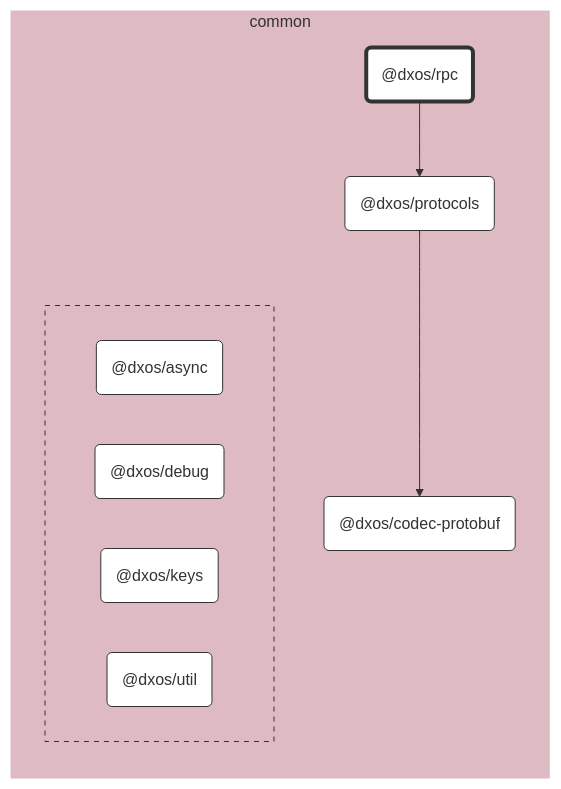
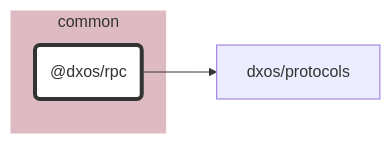
Before and after one commit to dxos/dxos: the diagram in packages/common/rpc/docs/README.md, drawn with Mermaid. The commit also changed 87 other files, not shown here.

````diff
--- a/packages/common/rpc/docs/README.md
+++ b/packages/common/rpc/docs/README.md
@@ -7,50 +7,21 @@
 ```mermaid
 %%{ init: {'flowchart':{'curve':'basis'}} }%%
 
 flowchart LR
 
-%% Links
-dxos/protocols --> dxos/codec-protobuf;
-dxos/rpc --> dxos/protocols;
+%% Classes
+classDef def fill:#fff,stroke:#333,stroke-width:1px
+classDef root fill:#fff,stroke:#333,stroke-width:4px
 
-%% Sections
-subgraph common
-  style common fill:#debac2,stroke:#fff;
+%% Nodes
 
-  dxos/codec-protobuf("@dxos/codec-protobuf")
-  dxos/protocols("@dxos/protocols")
-  dxos/rpc("@dxos/rpc")
-
-  subgraph common-excluded [ ]
-    style common-excluded fill:#debac2,stroke:#333,stroke-dasharray:5 5;
-
-    dxos/async("@dxos/async")
-    dxos/debug("@dxos/debug")
-    dxos/keys("@dxos/keys")
-    dxos/util("@dxos/util")
-  end
+subgraph common [common]
+  style common fill:#debac2,stroke:#fff
+  dxos/rpc("@dxos/rpc"):::root
+  click dxos/rpc "dxos/dxos/tree/main/packages/common/rpc/docs"
 end
 
-
-%% Hyperlinks
-click dxos/async "dxos/dxos/tree/main/packages/common/async/docs";
-click dxos/codec-protobuf "dxos/dxos/tree/main/packages/common/codec-protobuf/docs";
-click dxos/debug "dxos/dxos/tree/main/packages/common/debug/docs";
-click dxos/keys "dxos/dxos/tree/main/packages/common/keys/docs";
-click dxos/protocols "dxos/dxos/tree/main/packages/common/protocols/docs";
-click dxos/util "dxos/dxos/tree/main/packages/common/util/docs";
-
-%% Styles
-classDef rootNode fill:#fff,stroke:#333,stroke-width:4px
-classDef defaultNode fill:#fff,stroke:#333,stroke-width:1px
+%% Links
 linkStyle default stroke:#333,stroke-width:1px
-
-dxos/rpc:::rootNode
-
-dxos/async:::defaultNode
-dxos/codec-protobuf:::defaultNode
-dxos/debug:::defaultNode
-dxos/keys:::defaultNode
-dxos/protocols:::defaultNode
-dxos/util:::defaultNode
+dxos/rpc --> dxos/protocols
 ```
````
